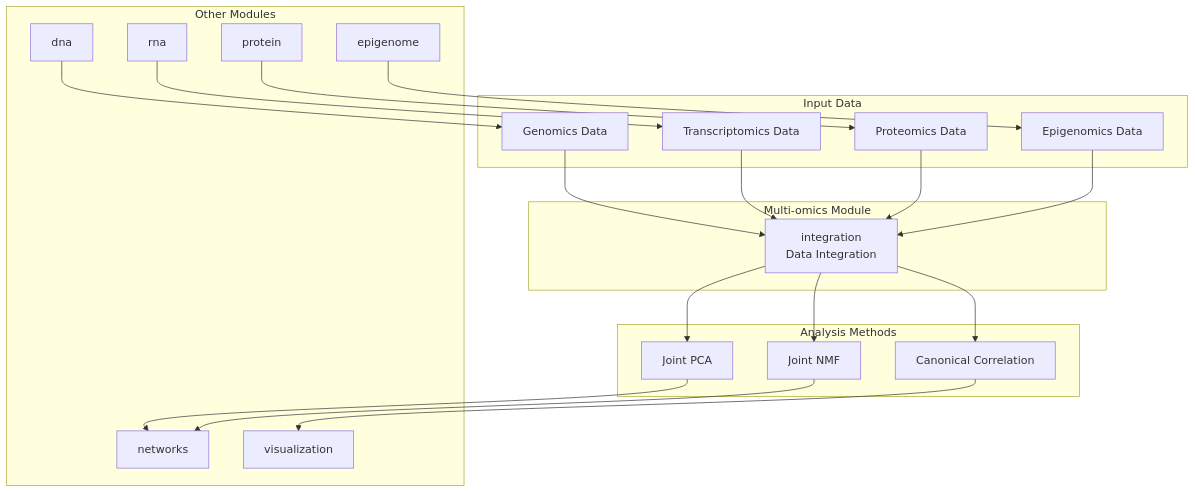
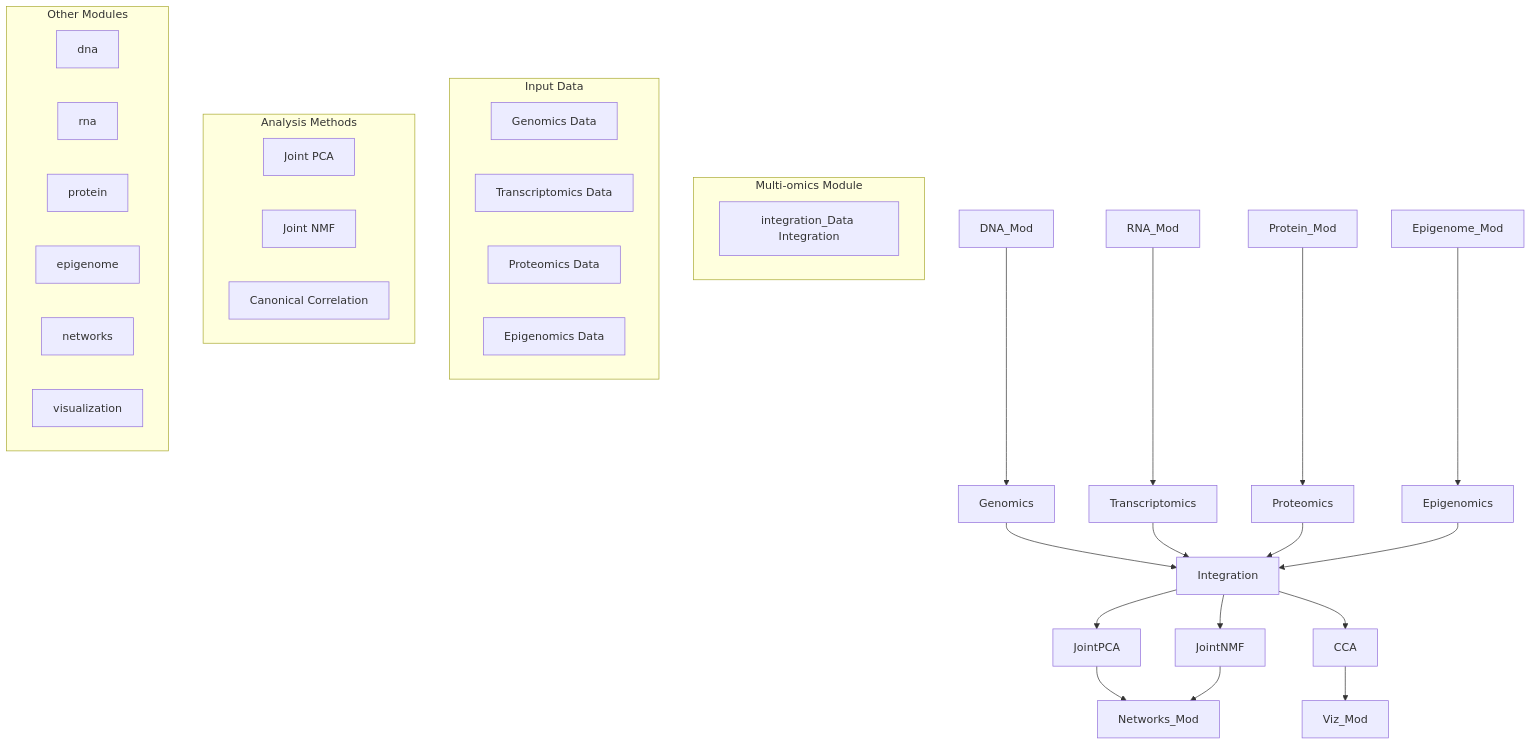
Before and after one commit to docxology/MetaInformAnt: the first of 5 diagrams in src/metainformant/multiomics/README.md, drawn with Mermaid. The commit also changed other lines of this file and 611 other files, not shown here.

````diff
--- a/src/metainformant/multiomics/README.md
+++ b/src/metainformant/multiomics/README.md
@@ -11,43 +11,43 @@
 ```mermaid
 graph TB
     subgraph "Multi-omics Module"
-        Integration[integration<br/>Data Integration]
+        IntegrationintegrationDataIntegration[integration_Data Integration]
     end
     
     subgraph "Input Data"
-        Genomics[Genomics Data]
-        Transcriptomics[Transcriptomics Data]
-        Proteomics[Proteomics Data]
-        Epigenomics[Epigenomics Data]
+        GenomicsgenomicsData[Genomics Data]
+        TranscriptomicstranscriptomicsData[Transcriptomics Data]
+        ProteomicsproteomicsData[Proteomics Data]
+        EpigenomicsepigenomicsData[Epigenomics Data]
     end
     
     subgraph "Analysis Methods"
-        JointPCA[Joint PCA]
-        JointNMF[Joint NMF]
-        CCA[Canonical Correlation]
+        JointPCAjointPca[Joint PCA]
+        JointNMFjointNmf[Joint NMF]
+        CCAcanonicalCorrelation[Canonical Correlation]
     end
     
     subgraph "Other Modules"
-        DNA_Mod[dna]
-        RNA_Mod[rna]
-        Protein_Mod[protein]
-        Epigenome_Mod[epigenome]
-        Networks_Mod[networks]
-        Viz_Mod[visualization]
+        dna[dna]
+        rna[rna]
+        protein[protein]
+        epigenome[epigenome]
+        networks[networks]
+        visualization[visualization]
     end
     
     Genomics --> Integration
     Transcriptomics --> Integration
     Proteomics --> Integration
     Epigenomics --> Integration
     Integration --> JointPCA
     Integration --> JointNMF
     Integration --> CCA
     DNA_Mod --> Genomics
     RNA_Mod --> Transcriptomics
     Protein_Mod --> Proteomics
     Epigenome_Mod --> Epigenomics
     JointPCA --> Networks_Mod
     JointNMF --> Networks_Mod
     CCA --> Viz_Mod
 ```
````
